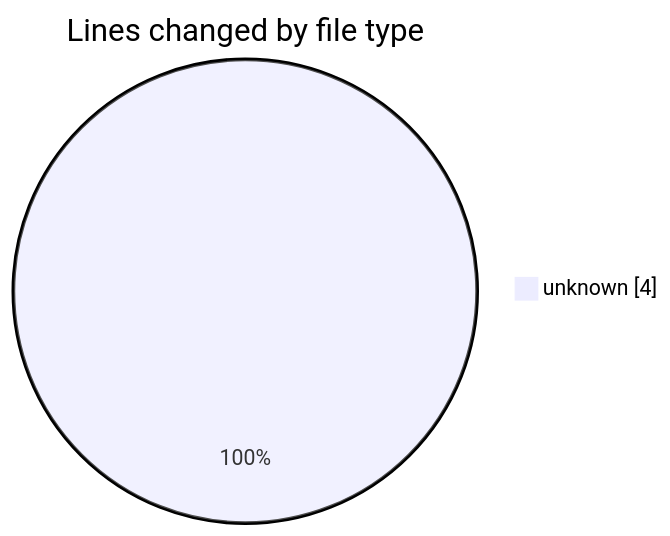
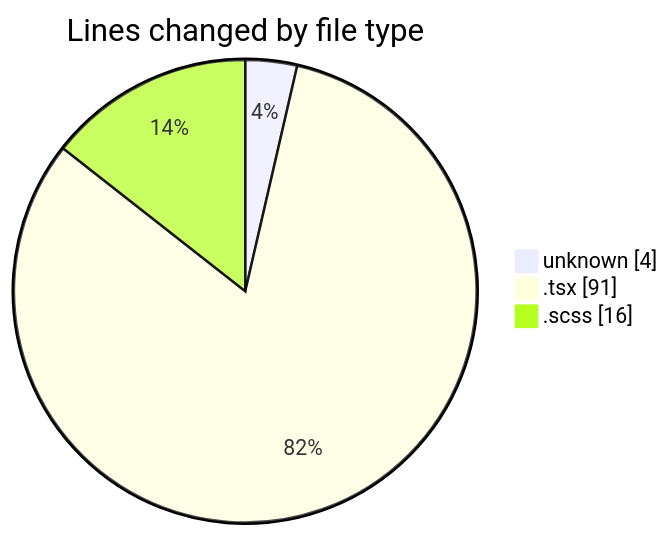
One commit to momahboobian/code-tracking changed the first of 2 diagrams in 2025-02-14/cda/README.md. Above: the diagram before and after it, drawn with Mermaid. The commit also changed other lines of this file and 1 other file, not shown here.

````diff
--- a/2025-02-14/cda/README.md
+++ b/2025-02-14/cda/README.md
@@ -20,5 +22,7 @@
 ```mermaid
 pie showData
 title Lines changed by file type
 "unknown" : 4
+".tsx" : 91
+".scss" : 16
 ```
````
